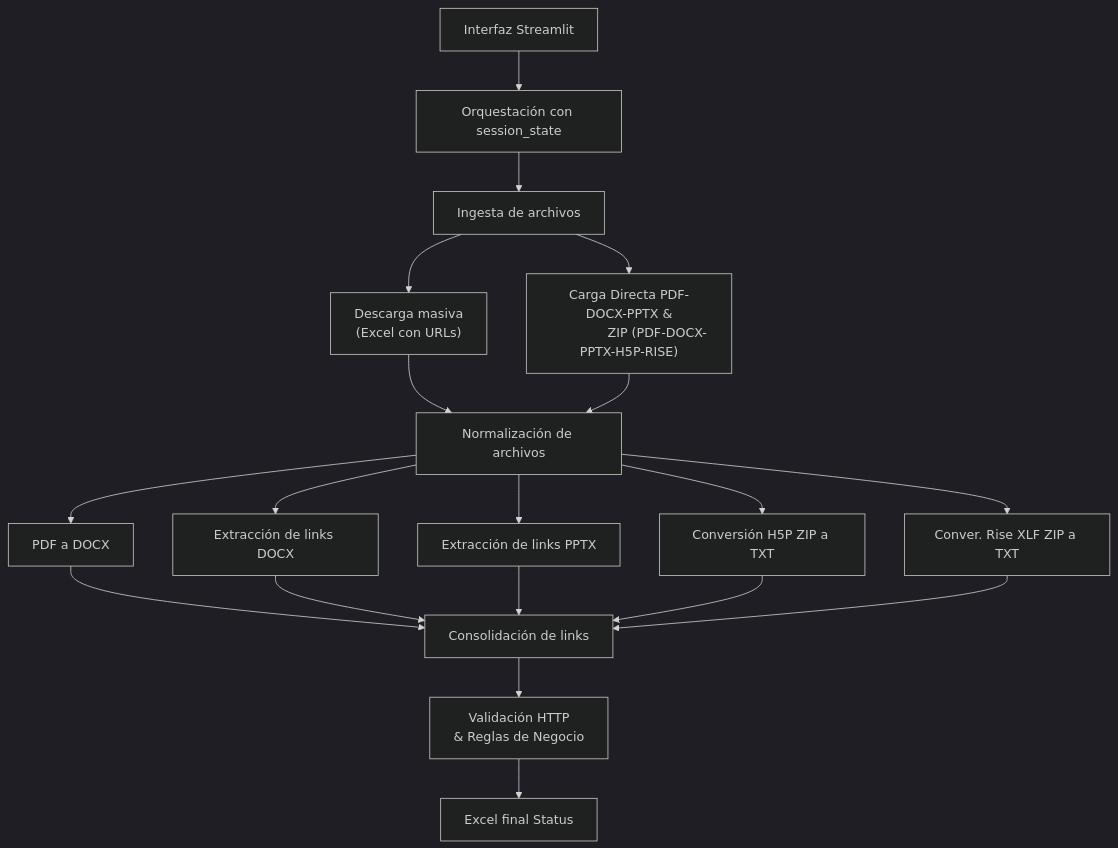
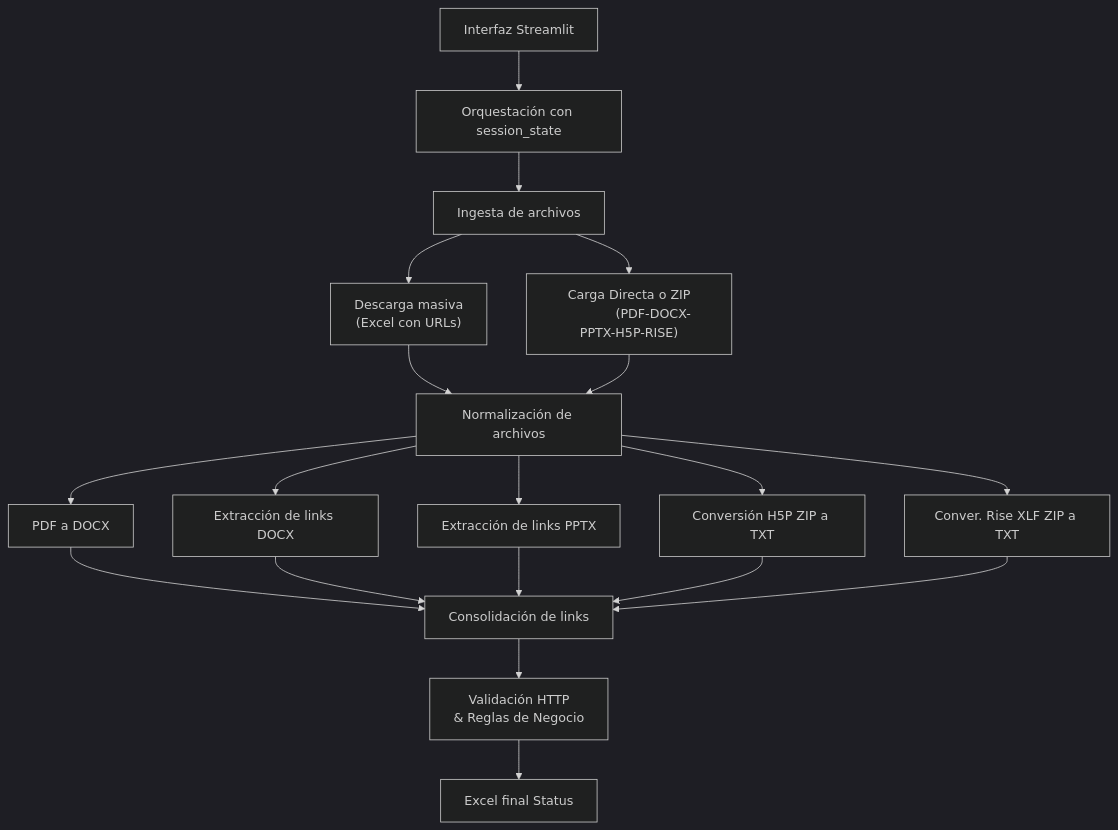
The diagram in README.md (joseluisantunezcondezo/UTP_Broken_Link_Checker), drawn with Mermaid (dark theme) before and after one commit.

Commit message:
README.md

````diff
--- a/README.md
+++ b/README.md
@@ -180,24 +180,24 @@
 ```mermaid
 flowchart TD
     A["Interfaz Streamlit"] --> B["Orquestación con session_state"]
     B --> C["Ingesta de archivos"]
     C --> D1["Descarga masiva
               (Excel con URLs)"]
-    C --> D2["Carga Directa PDF-DOCX-PPTX &
-              ZIP (PDF-DOCX-PPTX-H5P-RISE)"]
+    C --> D2["Carga Directa o ZIP
+            (PDF-DOCX-PPTX-H5P-RISE)"]
     D1 --> E["Normalización de archivos"]
     D2 --> E
     E --> F1["PDF a DOCX"]
     E --> F2["Extracción de links DOCX"]
     E --> F3[Extracción de links PPTX]
     E --> F4[Conversión H5P ZIP a TXT]
     E --> F5[Conver. Rise XLF ZIP a TXT]
     F1 --> G[Consolidación de links]
     F2 --> G
     F3 --> G
     F4 --> G
     F5 --> G
     G --> H["Validación HTTP
             & Reglas de Negocio"]
     H --> I[Excel final Status]
 ```
````
